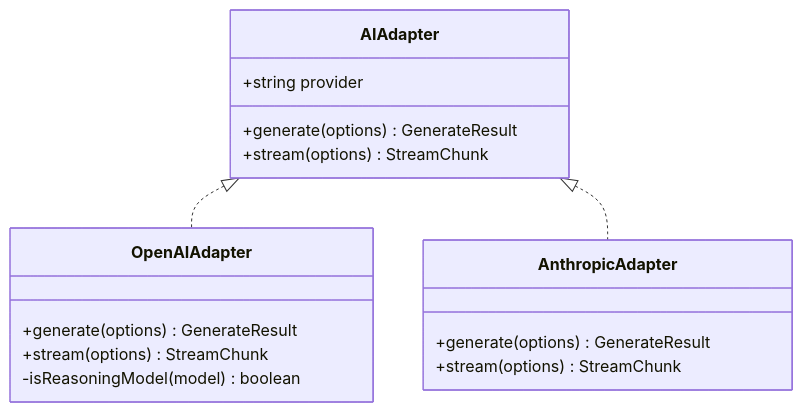
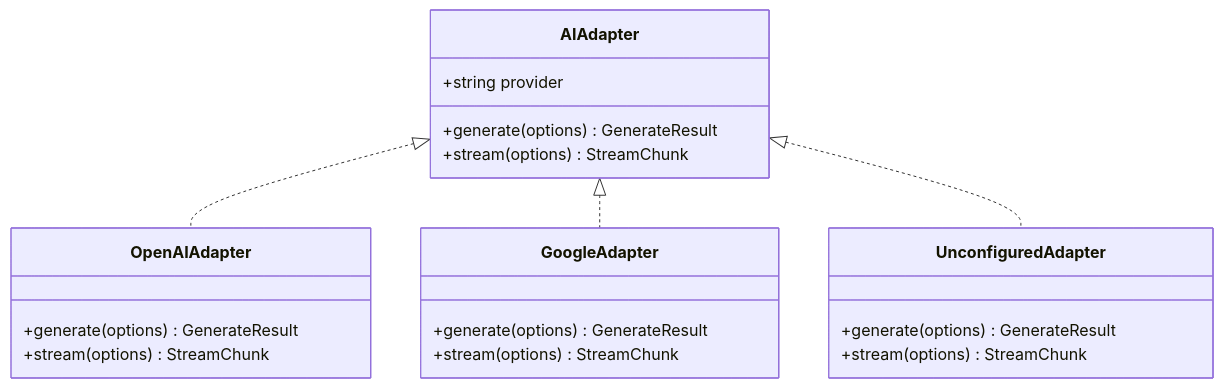
One commit to shekhargiri005-dotcom/AI-powered-accessibility-first-UI-engine changed the fourth of 5 diagrams in .qoder/repowiki/en/content/AI Generation Engine/Model Configuration & Selection/Model Registry & Profiles.md. Above: the diagram before and after it, drawn with Mermaid. The commit also changed other lines of this file and 10 other files, not shown here.

````diff
--- a/.qoder/repowiki/en/content/AI Generation Engine/Model Configuration & Selection/Model Registry & Profiles.md
+++ b/.qoder/repowiki/en/content/AI Generation Engine/Model Configuration & Selection/Model Registry & Profiles.md
@@ -231,19 +209,23 @@
 ```mermaid
 classDiagram
 class AIAdapter {
 +string provider
 +generate(options) GenerateResult
 +stream(options) StreamChunk
 }
 class OpenAIAdapter {
 +generate(options) GenerateResult
 +stream(options) StreamChunk
--isReasoningModel(model) boolean
 }
-class AnthropicAdapter {
+class GoogleAdapter {
++generate(options) GenerateResult
++stream(options) StreamChunk
+}
+class UnconfiguredAdapter {
 +generate(options) GenerateResult
 +stream(options) StreamChunk
 }
 AIAdapter <|.. OpenAIAdapter
-AIAdapter <|.. AnthropicAdapter
+AIAdapter <|.. GoogleAdapter
+AIAdapter <|.. UnconfiguredAdapter
 ```
````
